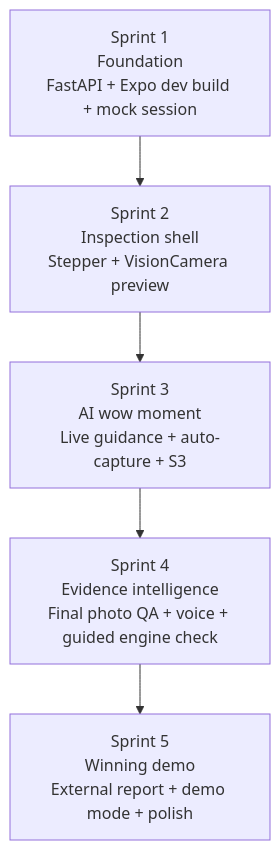
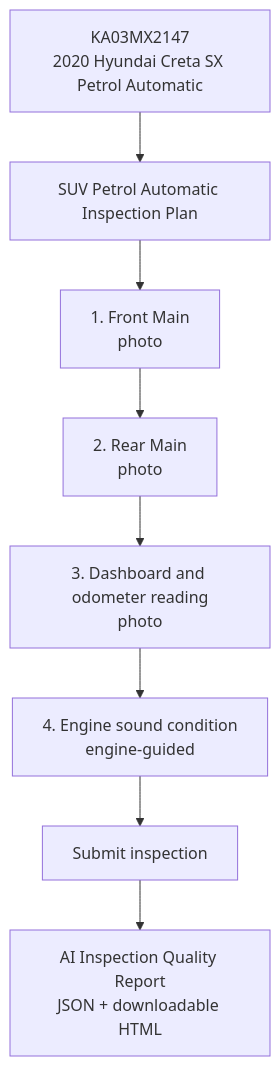
Diagram 11 of 11 in ARCHITECTURE.md (adityabhattad2021/Inspection-Copilot), drawn with Mermaid before and after one commit. The commit also changed other lines of this file, not shown here.

Commit message:
docs: update architecture md

````diff
--- a/ARCHITECTURE.md
+++ b/ARCHITECTURE.md
@@ -640,7 +537,10 @@
 ```mermaid
 flowchart TD
-  S1["Sprint 1<br/>Foundation<br/>FastAPI + Expo dev build + mock session"] --> S2["Sprint 2<br/>Inspection shell<br/>Stepper + VisionCamera preview"]
-  S2 --> S3["Sprint 3<br/>AI wow moment<br/>Live guidance + auto-capture + S3"]
-  S3 --> S4["Sprint 4<br/>Evidence intelligence<br/>Final photo QA + voice + guided engine check"]
-  S4 --> S5["Sprint 5<br/>Winning demo<br/>External report + demo mode + polish"]
+  Vehicle["KA03MX2147<br/>2020 Hyundai Creta SX Petrol Automatic"] --> Plan["SUV Petrol Automatic Inspection Plan"]
+  Plan --> Front["1. Front Main<br/>photo"]
+  Front --> Rear["2. Rear Main<br/>photo"]
+  Rear --> Dash["3. Dashboard and odometer reading<br/>photo"]
+  Dash --> Engine["4. Engine sound condition<br/>engine-guided"]
+  Engine --> Submit["Submit inspection"]
+  Submit --> Report["AI Inspection Quality Report<br/>JSON + downloadable HTML"]
 ```
````
